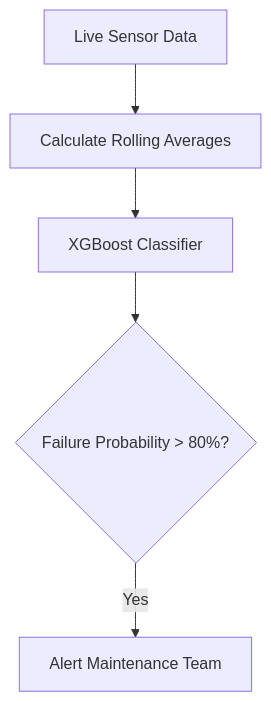
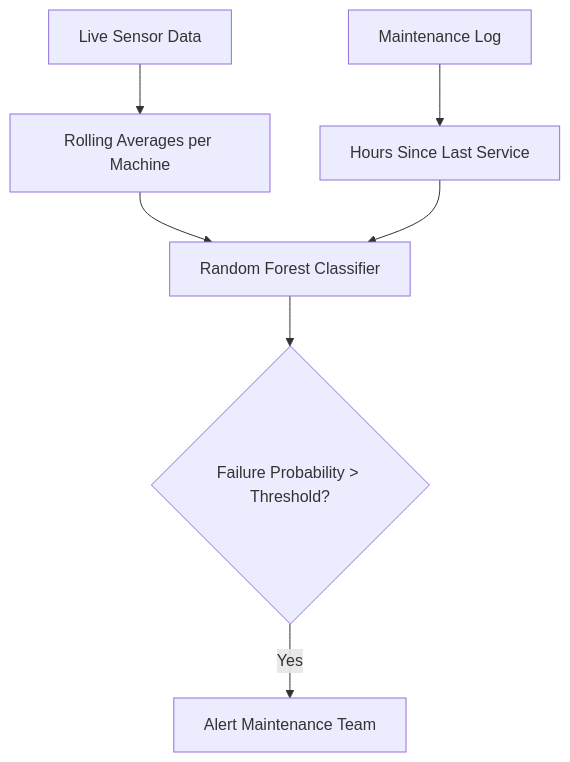
Before and after one commit to Web3Dev300/ai-journey: diagram 19 of 20 in 04_data_science/DATA_SCIENCE_ANSWERS.md, drawn with Mermaid. The commit also changed other lines of this file and 10 other files, not shown here.

````diff
--- a/04_data_science/DATA_SCIENCE_ANSWERS.md
+++ b/04_data_science/DATA_SCIENCE_ANSWERS.md
@@ -918,7 +1376,9 @@
 ```mermaid
 flowchart TD
-    A[Live Sensor Data] --> B[Calculate Rolling Averages]
-    B --> C[XGBoost Classifier]
-    C --> D{Failure Probability > 80%?}
+    A[Live Sensor Data] --> B[Rolling Averages per Machine]
+    M[Maintenance Log] --> N[Hours Since Last Service]
+    B --> C[Random Forest Classifier]
+    N --> C
+    C --> D{Failure Probability > Threshold?}
     D -->|Yes| E[Alert Maintenance Team]
 ```
````
